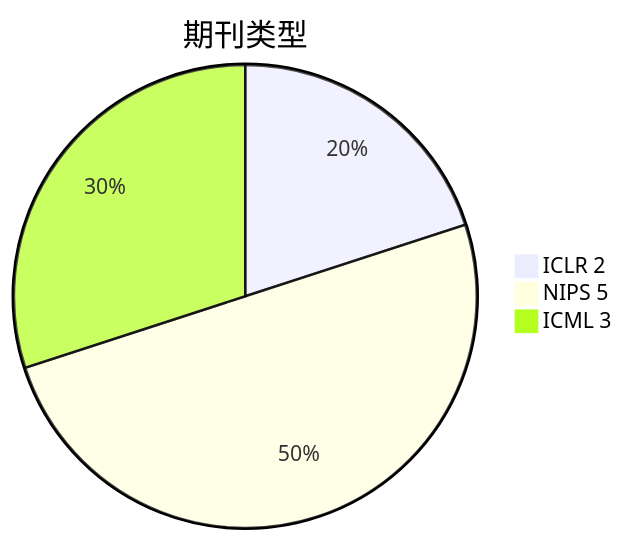
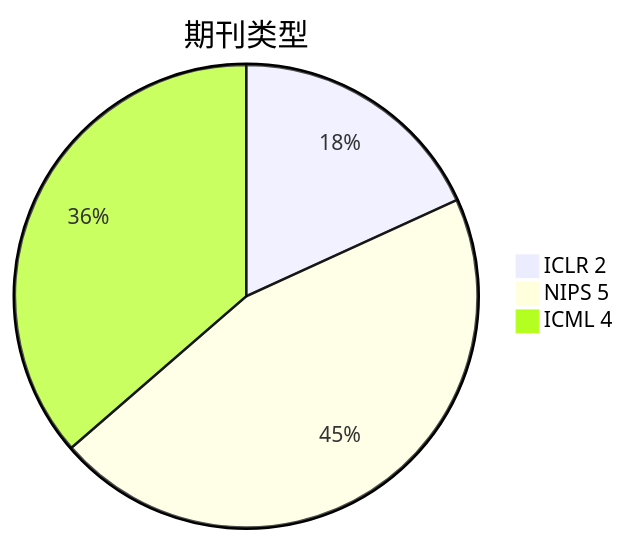
Before and after one commit to Elephant-King9/Paper: the second of 5 diagrams in Base_Model/GAN+VAE+Diffusion/analyse.md, drawn with Mermaid. The commit also changed other lines of this file and 2 other files, not shown here.

````diff
--- a/Base_Model/GAN+VAE+Diffusion/analyse.md
+++ b/Base_Model/GAN+VAE+Diffusion/analyse.md
@@ -37,6 +38,6 @@
 ```mermaid
 pie title 期刊类型
     "ICLR 2" : 2
     "NIPS 5" : 5
-    "ICML 3" : 3
+    "ICML 4" : 4
 ```
````
